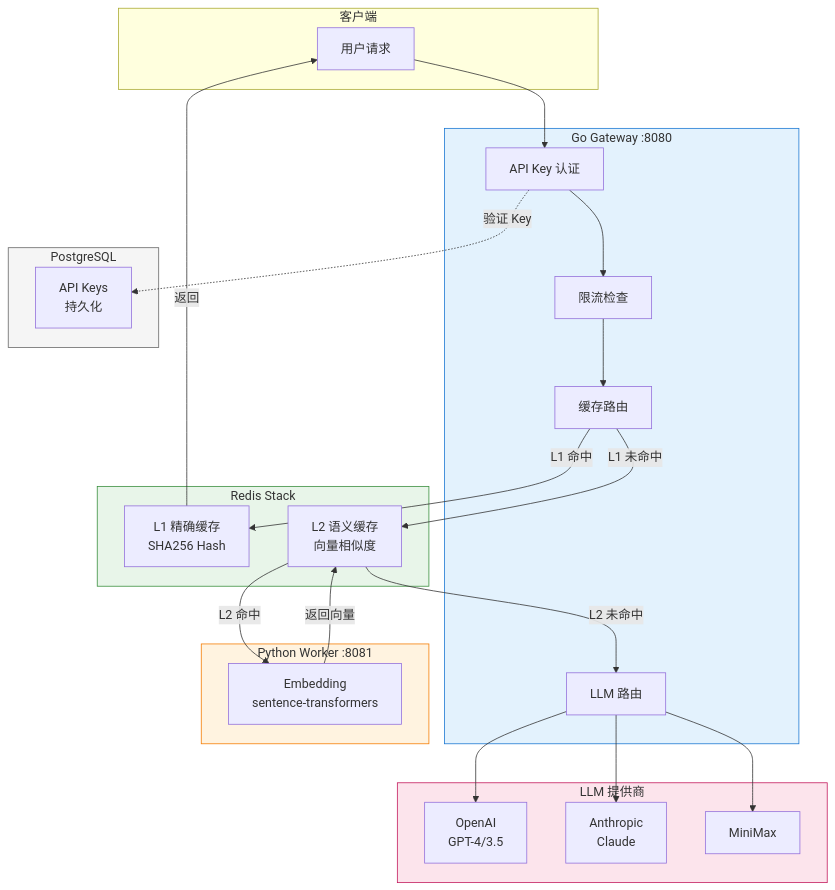
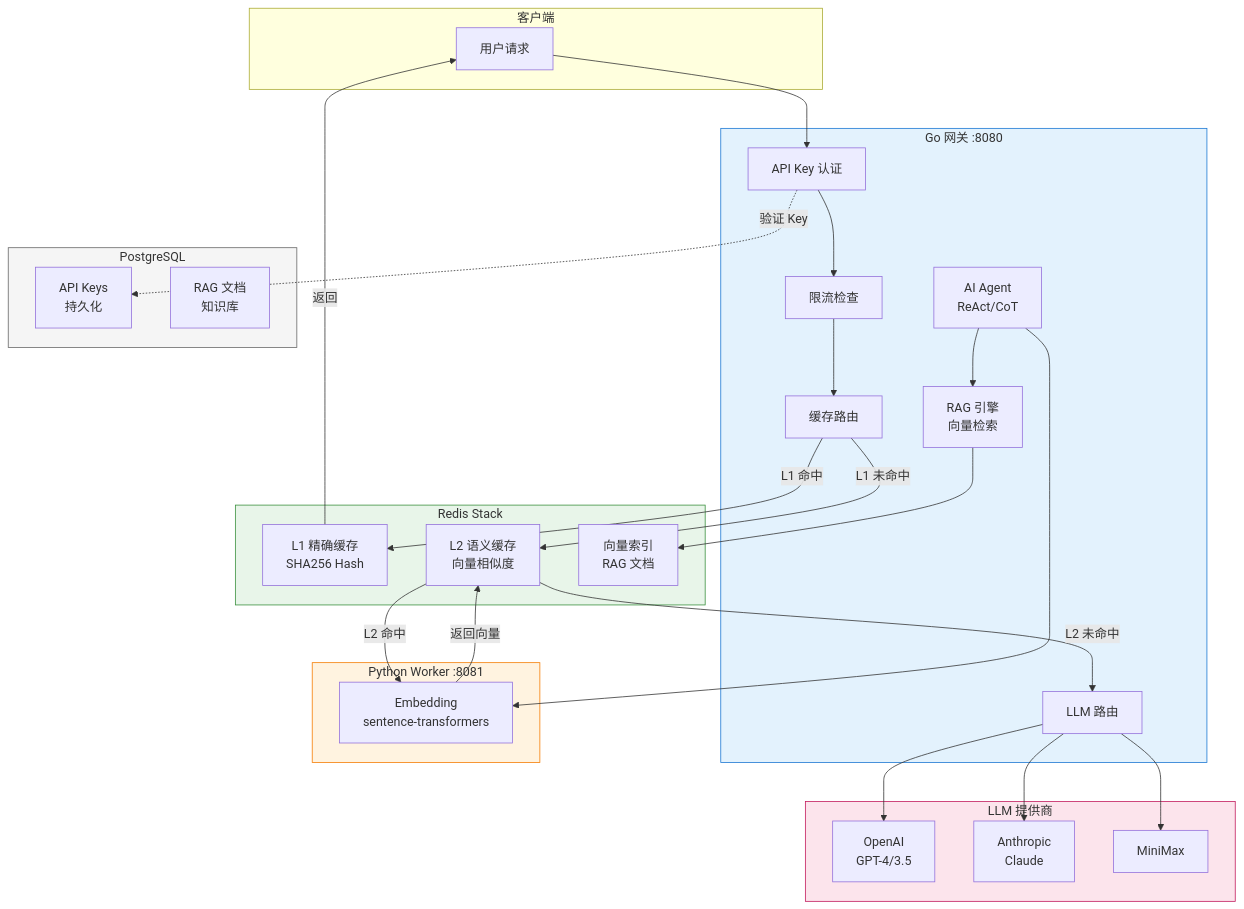
The diagram in README-zh.md (Oxidaner/High-Performance-LLM-Gateway), drawn with Mermaid before and after one commit. The commit also changed other lines of this file and 1 other file, not shown here.

````diff
--- a/README-zh.md
+++ b/README-zh.md
@@ -7,52 +9,60 @@
 ```mermaid
 flowchart TB
     subgraph Client["客户端"]
         Req[用户请求]
     end
 
-    subgraph Gateway["Go Gateway :8080"]
+    subgraph Gateway["Go 网关 :8080"]
         Auth[API Key 认证]
         Rate[限流检查]
         Cache[缓存路由]
         Router[LLM 路由]
+        Agent[AI Agent<br/>ReAct/CoT]
+        RAG[RAG 引擎<br/>向量检索]
     end
 
     subgraph Redis["Redis Stack"]
         L1[L1 精确缓存<br/>SHA256 Hash]
         L2[L2 语义缓存<br/>向量相似度]
+        Vector[向量索引<br/>RAG 文档]
     end
 
     subgraph Worker["Python Worker :8081"]
         Embed[Embedding<br/>sentence-transformers]
     end
 
     subgraph DB["PostgreSQL"]
         Keys[API Keys<br/>持久化]
+        Docs[RAG 文档<br/>知识库]
     end
 
     subgraph LLM["LLM 提供商"]
         OpenAI[OpenAI<br/>GPT-4/3.5]
         Claude[Anthropic<br/>Claude]
         MiniMax[MiniMax]
     end
 
     Req --> Auth
     Auth -.->|验证 Key| Keys
     Auth --> Rate
     Rate --> Cache
     Cache -->|L1 命中| L1
     L1 -->|返回| Req
     Cache -->|L1 未命中| L2
     L2 -->|L2 命中| Embed
     Embed -->|返回向量| L2
     L2 -->|L2 未命中| Router
     Router --> OpenAI
     Router --> Claude
     Router --> MiniMax
 
+    Agent --> RAG
+    Agent --> Embed
+    RAG --> Vector
+
     style Gateway fill:#e3f2fd,stroke:#1976d2
     style Redis fill:#e8f5e9,stroke:#388e3c
     style Worker fill:#fff3e0,stroke:#f57c00
     style LLM fill:#fce4ec,stroke:#c2185b
     style DB fill:#f5f5f5,stroke:#666666
 ```
````
